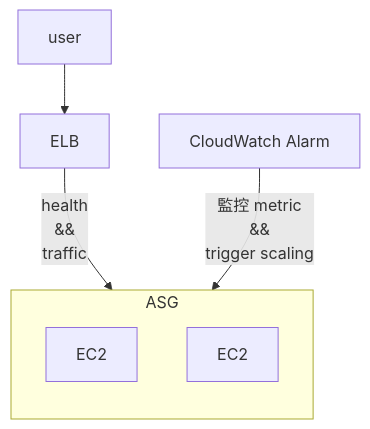
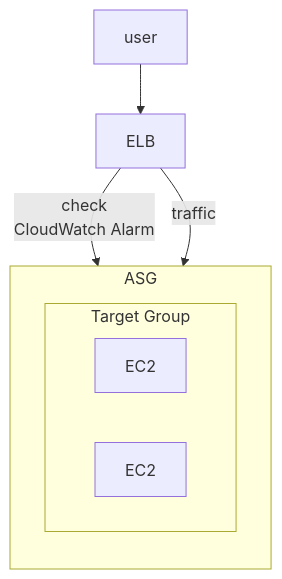
The diagram in aws/ASG.md (cool21540125/documentation-notes), drawn with Mermaid before and after one commit. The commit also changed other lines of this file and 9 other files, not shown here.

Commit message:
AWS dva 複習 saa 範圍 - EC2, ASG, ELB & 整理部分 cli-aws

````diff
--- a/aws/ASG.md
+++ b/aws/ASG.md
@@ -51,15 +27,17 @@
 ```mermaid
 flowchart TB
 
-ww["CloudWatch Alarm"]
 
 subgraph ASG
     direction TB;
-    ec1["EC2"]
-    ec2["EC2"]
+
+    subgraph tg["Target Group"]
+        ec1["EC2"]
+        ec2["EC2"]
+    end
 end
 
 user --> ELB;
-ELB -- "health \n && \n traffic" --> ASG;
-ww -- "監控 metric \n && \n trigger scaling" --> ASG;
+ELB -- "check \n CloudWatch Alarm" --> ASG;
+ELB -- "traffic" --> ASG;
 ```
````
